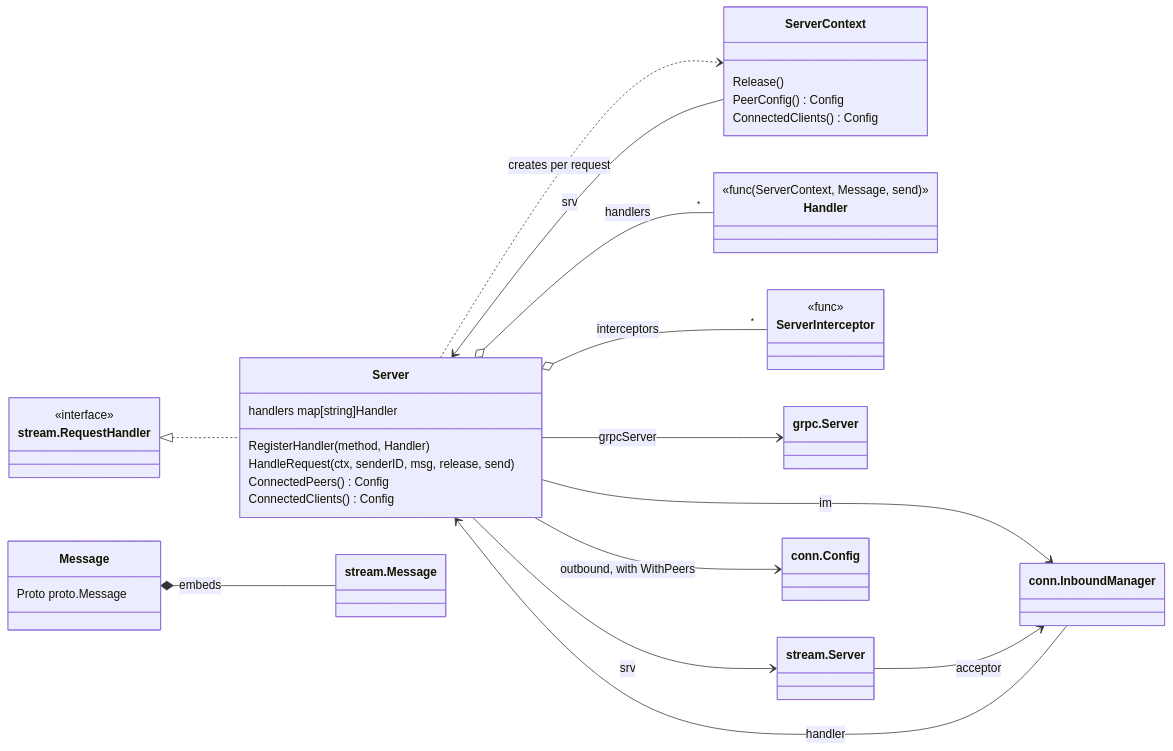
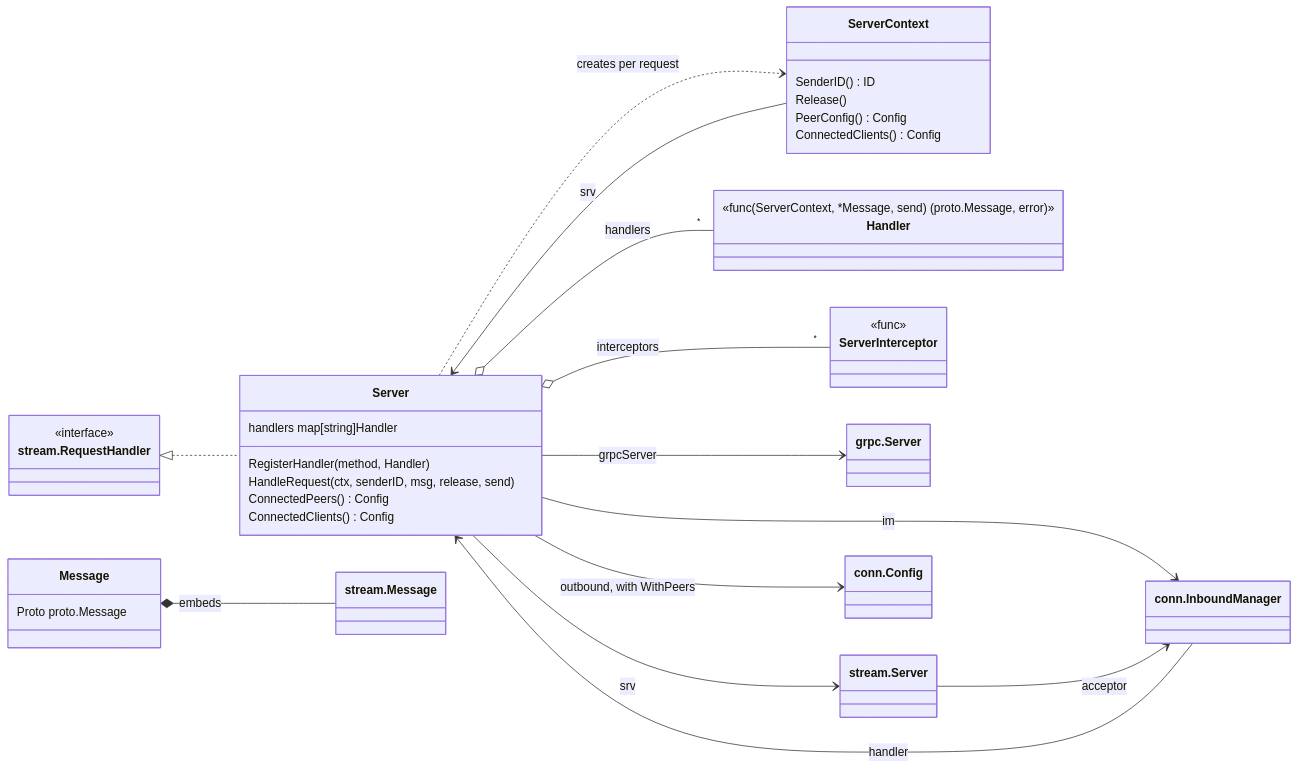
Before and after one commit to relab/gorums: the ninth of 10 diagrams in doc/dev-guide.md, drawn with Mermaid. The commit also changed other lines of this file, not shown here.

````diff
--- a/doc/dev-guide.md
+++ b/doc/dev-guide.md
@@ -656,46 +663,47 @@
 ```mermaid
 classDiagram
     direction LR
     class Server {
         handlers map[string]Handler
         RegisterHandler(method, Handler)
         HandleRequest(ctx, senderID, msg, release, send)
         ConnectedPeers() Config
         ConnectedClients() Config
     }
     class ServerContext {
+        SenderID() ID
         Release()
         PeerConfig() Config
         ConnectedClients() Config
     }
     class Handler {
-        <<func(ServerContext, Message, send)>>
+        <<func(ServerContext, *Message, send) (proto.Message, error)>>
     }
     class ServerInterceptor {
         <<func>>
     }
     class Message {
         Proto proto.Message
     }
     class GRPCServer["grpc.Server"]
     class StreamServer["stream.Server"]
     class StreamMessage["stream.Message"]
     class InboundManager["conn.InboundManager"]
     class ConnConfig["conn.Config"]
     class StreamRequestHandler["stream.RequestHandler"] {
         <<interface>>
     }
 
     Server --> GRPCServer : grpcServer
     Server --> StreamServer : srv
     Server --> InboundManager : im
     Server --> ConnConfig : outbound, with WithPeers
     Server o-- "*" Handler : handlers
     Server o-- "*" ServerInterceptor : interceptors
     StreamRequestHandler <|.. Server
     StreamServer --> InboundManager : acceptor
     InboundManager --> Server : handler
     Server ..> ServerContext : creates per request
     ServerContext --> Server : srv
     Message *-- StreamMessage : embeds
 ```
````
